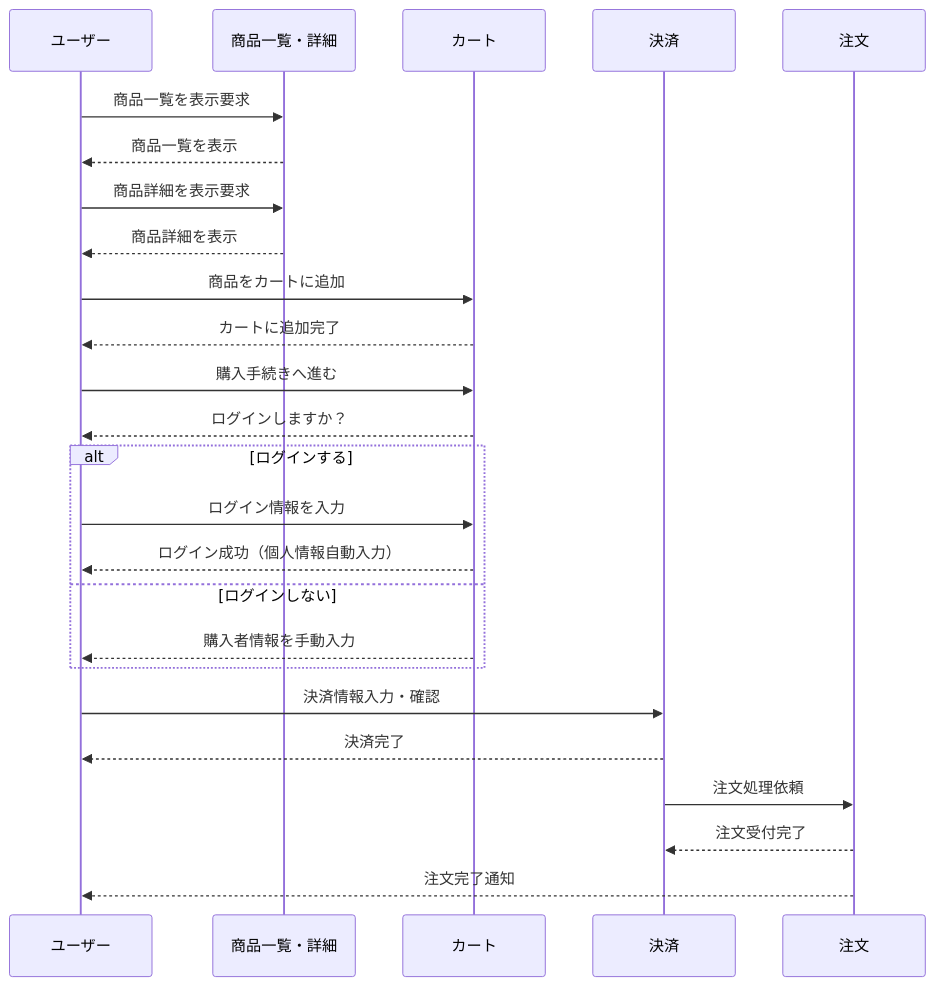
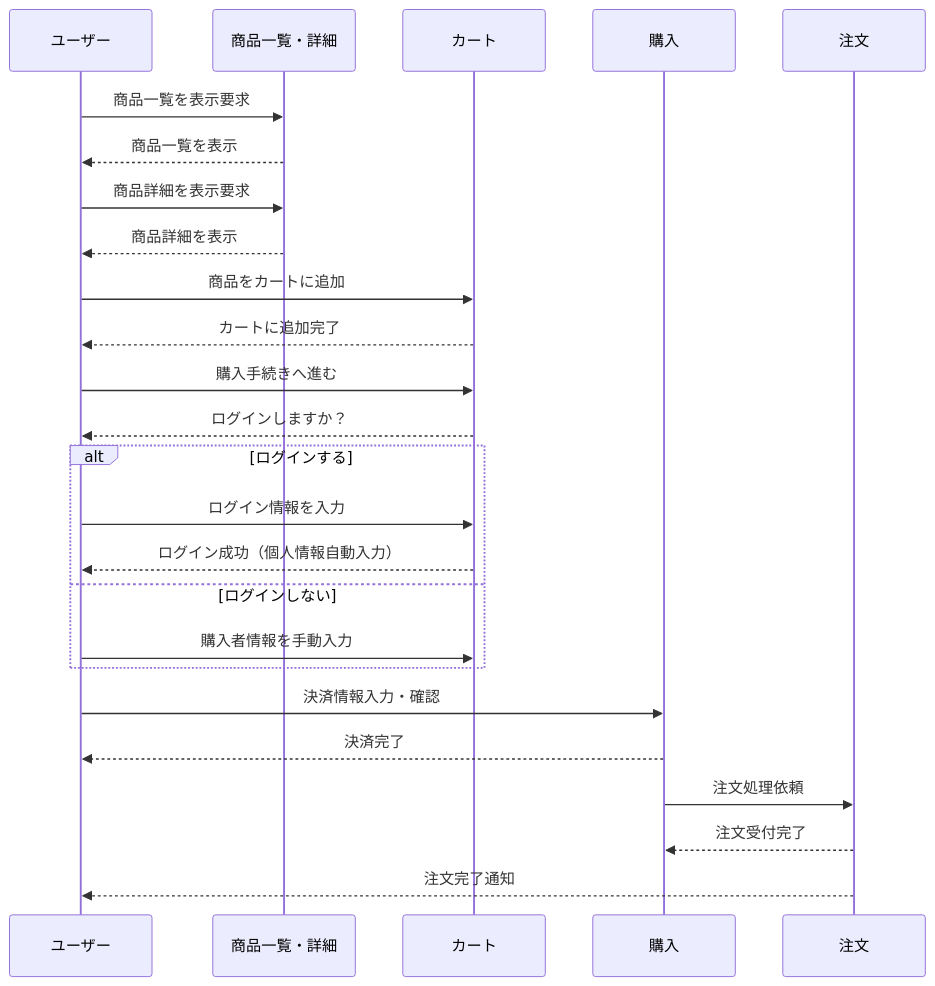
The second of 4 diagrams in 基本設計/機能設計/機能設計.md (ainaga09/ACE), drawn with Mermaid before and after one commit. The commit also changed other lines of this file, not shown here.

Commit message:
機能フロー修正（→・購入）

```diff
--- a/基本設計/機能設計/機能設計.md
+++ b/基本設計/機能設計/機能設計.md
@@ -101,35 +101,35 @@
 <div class="mermaid">
 sequenceDiagram
     participant ユーザー
     participant 商品一覧・詳細
     participant カート
-    participant 決済
+    participant 購入
     participant 注文
 
     ユーザー->>商品一覧・詳細: 商品一覧を表示要求
     商品一覧・詳細-->>ユーザー: 商品一覧を表示
 
     ユーザー->>商品一覧・詳細: 商品詳細を表示要求
     商品一覧・詳細-->>ユーザー: 商品詳細を表示
 
     ユーザー->>カート: 商品をカートに追加
     カート-->>ユーザー: カートに追加完了
 
     ユーザー->>カート: 購入手続きへ進む
     カート-->>ユーザー: ログインしますか？
 
     alt ログインする
         ユーザー->>カート: ログイン情報を入力
         カート-->>ユーザー: ログイン成功（個人情報自動入力）
     else ログインしない
-        カート-->>ユーザー: 購入者情報を手動入力
+        ユーザー->>カート: 購入者情報を手動入力
     end
 
-    ユーザー->>決済: 決済情報入力・確認
-    決済-->>ユーザー: 決済完了
+    ユーザー->>購入: 決済情報入力・確認
+    購入-->>ユーザー: 決済完了
 
-    決済->>注文: 注文処理依頼
-    注文-->>決済: 注文受付完了
+    購入->>注文: 注文処理依頼
+    注文-->>購入: 注文受付完了
 
     注文-->>ユーザー: 注文完了通知
 </div>
```
